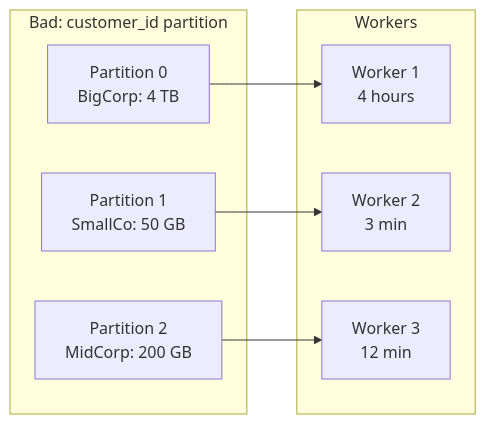
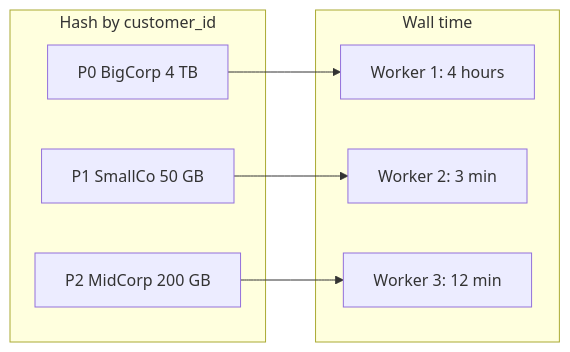
One commit to sanketn26/data-engineering changed the second of 2 diagrams in docs/foundations/partitions.md. Above: the diagram before and after it, drawn with Mermaid. The commit also changed other lines of this file and 107 other files, not shown here.

````diff
--- a/docs/foundations/partitions.md
+++ b/docs/foundations/partitions.md
@@ -144,16 +255,16 @@
 ```mermaid
 graph LR
-    subgraph "Bad: customer_id partition"
-        P0["Partition 0\nBigCorp: 4 TB"]
-        P1["Partition 1\nSmallCo: 50 GB"]
-        P2["Partition 2\nMidCorp: 200 GB"]
+    subgraph "Hash by customer_id"
+        P0["P0 BigCorp 4 TB"]
+        P1["P1 SmallCo 50 GB"]
+        P2["P2 MidCorp 200 GB"]
     end
-    subgraph "Workers"
-        W1["Worker 1\n4 hours"]
-        W2["Worker 2\n3 min"]
-        W3["Worker 3\n12 min"]
+    subgraph "Wall time"
+        W1["Worker 1: 4 hours"]
+        W2["Worker 2: 3 min"]
+        W3["Worker 3: 12 min"]
     end
     P0 --> W1
     P1 --> W2
     P2 --> W3
 ```
````
